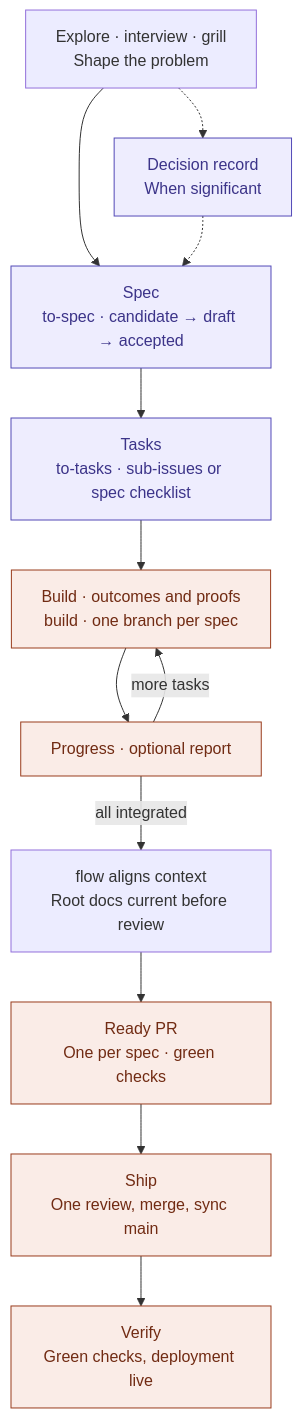
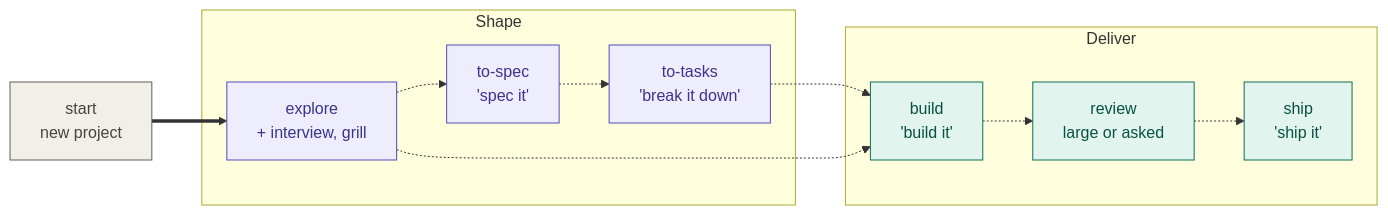
One commit to gaboesquivel/flow-skills changed the diagram in README.md. Above: the diagram before and after it, drawn with Mermaid. The commit also changed other lines of this file and 78 other files, not shown here.

````diff
--- a/README.md
+++ b/README.md
@@ -87,23 +54,23 @@
 ```mermaid
-flowchart TB
-  explore["Explore · interview · grill<br/>Shape the problem"]
-  decision["Decision record<br/>When significant"]
-  spec["Spec<br/>to-spec · candidate → draft → accepted"]
-  tasks["Tasks<br/>to-tasks · sub-issues or spec checklist"]
-  build["Build · outcomes and proofs<br/>build · one branch per spec"]
-  progress["Progress · optional report"]
-  ready["Ready PR<br/>One per spec · green checks"]
-  land["Ship<br/>One review, merge, sync main"]
-  verify["Verify<br/>Green checks, deployment live"]
-  sync["flow aligns context<br/>Root docs current before review"]
-  explore --> spec
-  explore -.-> decision
-  decision -.-> spec
-  spec --> tasks --> build --> progress
-  progress -- more tasks --> build
-  progress -- all integrated --> sync --> ready --> land --> verify
-  classDef doc fill:#EEEDFE,stroke:#534AB7,color:#3C3489
-  classDef run fill:#FAECE7,stroke:#993C1D,color:#712B13
-  class decision,spec,tasks doc
-  class build,progress,ready,land,verify run
+flowchart LR
+  start["start<br/>new project"] ==> explore
+  subgraph shapeGroup [Shape]
+    explore["explore<br/>+ interview, grill"]
+    spec["to-spec<br/>'spec it'"]
+    tasks["to-tasks<br/>'break it down'"]
+  end
+  subgraph deliverGroup [Deliver]
+    build["build<br/>'build it'"]
+    review["review<br/>large or asked"]
+    ship["ship<br/>'ship it'"]
+  end
+  explore -.-> spec -.-> tasks -.-> build
+  explore -.-> build
+  build -.-> review -.-> ship
+  classDef shapeNode fill:#EEEDFE,stroke:#534AB7,color:#3C3489
+  classDef deliverNode fill:#E1F5EE,stroke:#0F6E56,color:#085041
+  classDef startNode fill:#F1EFE8,stroke:#5F5E5A,color:#444441
+  class explore,spec,tasks shapeNode
+  class build,review,ship deliverNode
+  class start startNode
 ```
````
